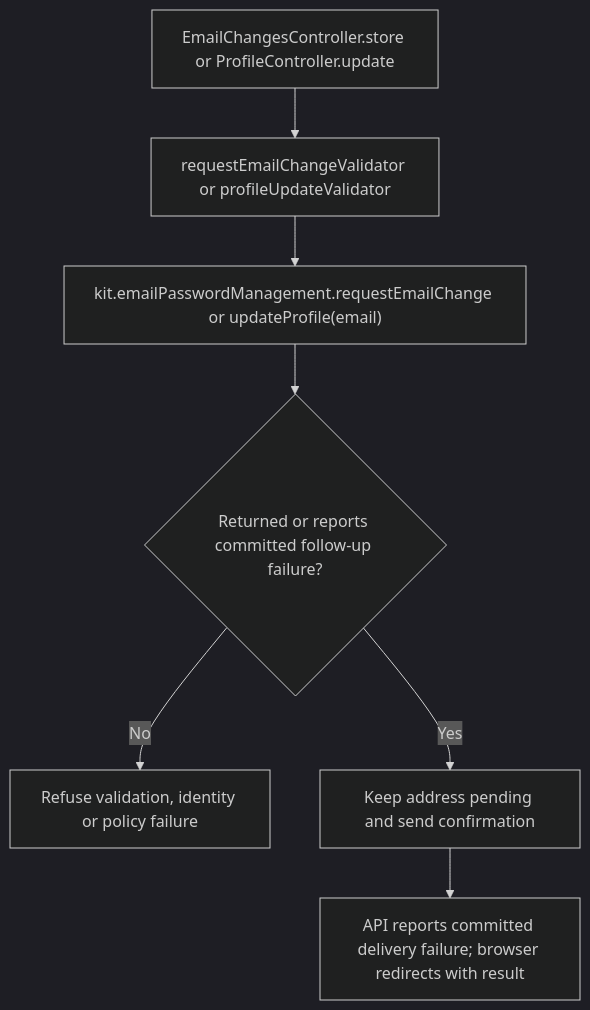
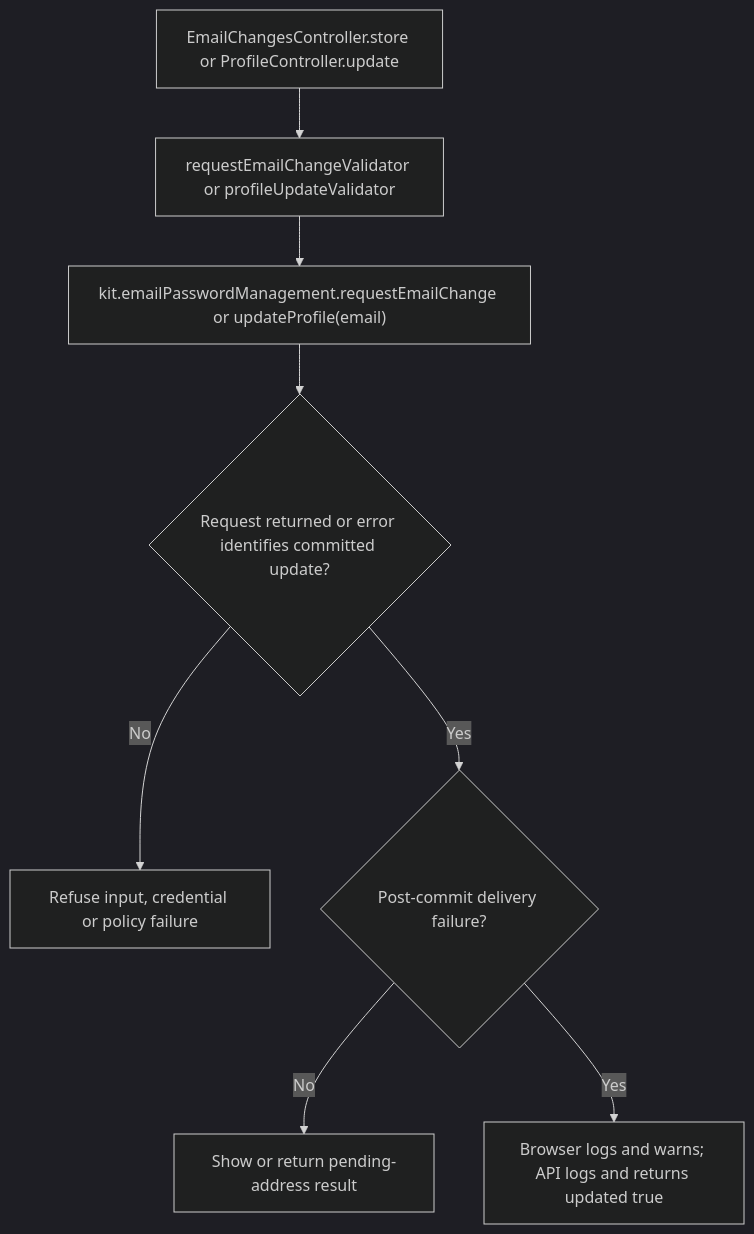
One commit to Kevinjohn/oss-adonisjs-starter-examples changed the second of 2 diagrams in user-stories/accounts/us-account-05-request-email-change.md. Above: the diagram before and after it, drawn with Mermaid (dark theme). The commit also changed other lines of this file and 2 other files, not shown here.

Commit message:
docs: correct starter email, invitation and team flows

````diff
--- a/user-stories/accounts/us-account-05-request-email-change.md
+++ b/user-stories/accounts/us-account-05-request-email-change.md
@@ -43,9 +46,10 @@
 ```mermaid
 flowchart TD
     A["EmailChangesController.store or ProfileController.update"] --> B["requestEmailChangeValidator or profileUpdateValidator"]
     B --> C["kit.emailPasswordManagement.requestEmailChange or updateProfile(email)"]
-    C --> D{"Returned or reports committed follow-up failure?"}
-    D -->|No| E["Refuse validation, identity or policy failure"]
-    D -->|Yes| F["Keep address pending and send confirmation"]
-    F --> G["API reports committed delivery failure; browser redirects with result"]
+    C --> D{"Request returned or error identifies committed update?"}
+    D -->|No| E["Refuse input, credential or policy failure"]
+    D -->|Yes| F{"Post-commit delivery failure?"}
+    F -->|No| G["Show or return pending-address result"]
+    F -->|Yes| H["Browser logs and warns; API logs and returns updated true"]
 ```
````
